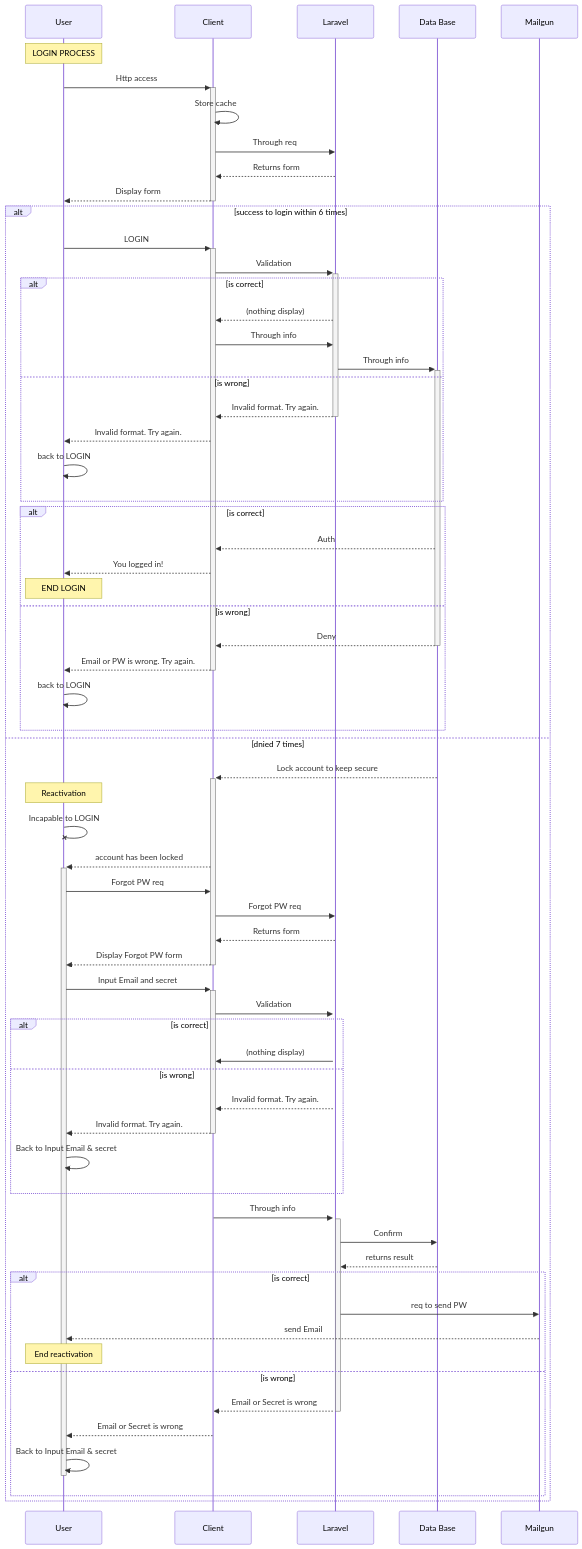
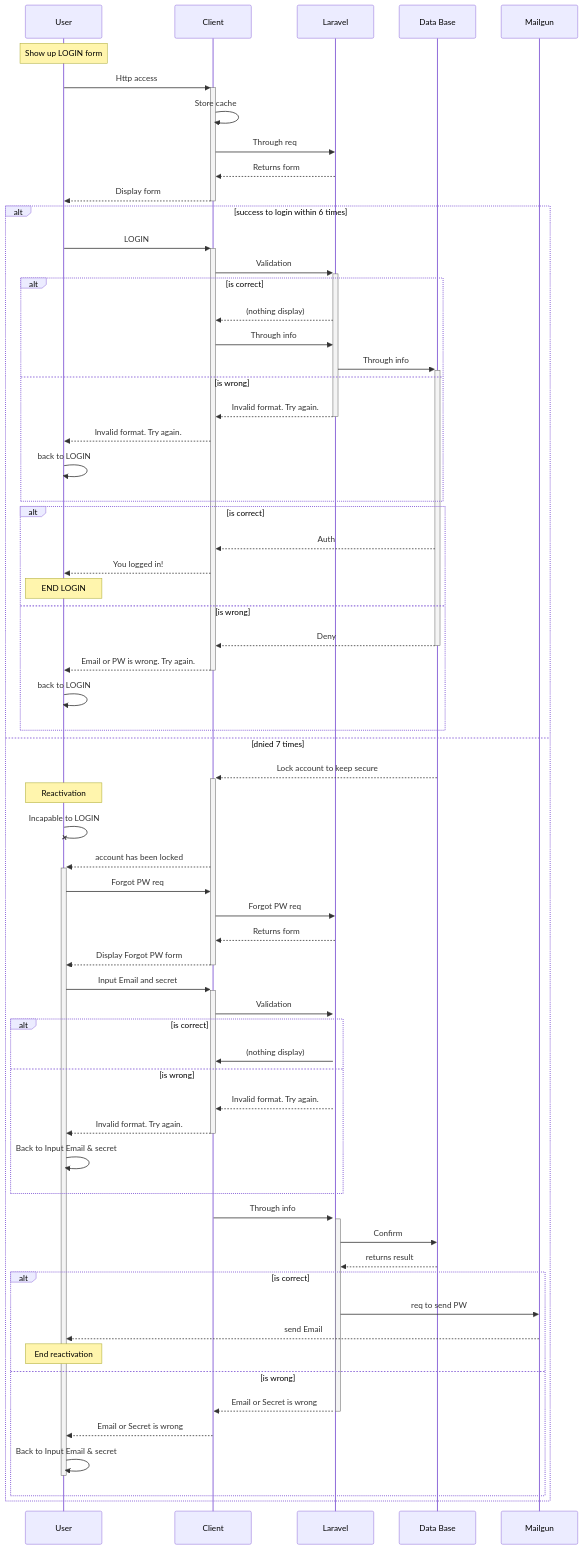
Before and after one commit to RyujiOdaJP/Jetmeshi: the diagram in README.md, drawn with Mermaid. The commit also changed other lines of this file and 1 other file, not shown here.

Commit message:
add Redirect process

````diff
--- a/README.md
+++ b/README.md
@@ -15,79 +15,77 @@
 ```mermaid
 sequenceDiagram
 participant U as User
 participant Cl as Client
 participant La as Laravel
 participant DB as Data Base
 participant Ml as Mailgun
-    Note over U: LOGIN PROCESS
+    Note over U: Show up LOGIN form
     U ->>+ Cl: Http access
     Cl ->> Cl: Store cache
     Cl ->> La: Through req
     La -->> Cl: Returns form
     Cl -->>- U: Display form
 
 alt success to login within 6 times
     U ->>+ Cl: LOGIN
     Cl ->>+ La: Validation
     alt is correct
         La-->>Cl: (nothing display)
         Cl ->> La: Through info
         La ->>+ DB: Through info
     else is wrong
         La-->>-Cl: Invalid format. Try again.
         Cl-->>U: Invalid format. Try again.
         U ->> U: back to LOGIN
     end
 
     alt is correct
         DB -->> Cl: Auth
         Cl-->> U: You logged in!
         Note over U: END LOGIN
     else is wrong
         DB -->>- Cl: Deny
         Cl-->>-U: Email or PW is wrong. Try again.
         U->>U: back to LOGIN
     end
 
     
 
 else dnied 7 times
     DB -->>+ Cl: Lock account to keep secure
         Note over U: Reactivation
     U -x U: Incapable to LOGIN
     Cl -->>+ U: account has been locked
     U ->> Cl: Forgot PW req
     Cl ->> La: Forgot PW req
     La -->> Cl : Returns form
     Cl -->>- U: Display Forgot PW form
     
     U ->>+ Cl: Input Email and secret
     Cl ->>+ La: Validation
     alt is correct
         La ->> Cl: (nothing display)
 
         
     else is wrong
         La -->> Cl: Invalid format. Try again.
         Cl -->>- U: Invalid format. Try again.
         U ->> U: Back to Input Email & secret
     end
     
     Cl ->>+ La: Through info
     La ->> DB: Confirm
     DB -->> La: returns result
 
     alt is correct
         La ->> Ml: req to send PW
         Ml -->> U: send Email
         Note over U: End reactivation
     else is wrong
         La -->>- Cl : Email or Secret is wrong
         Cl -->> U: Email or Secret is wrong
         U ->>- U: Back to Input Email & secret
         
         end
-    
-
 end
 ```
````
